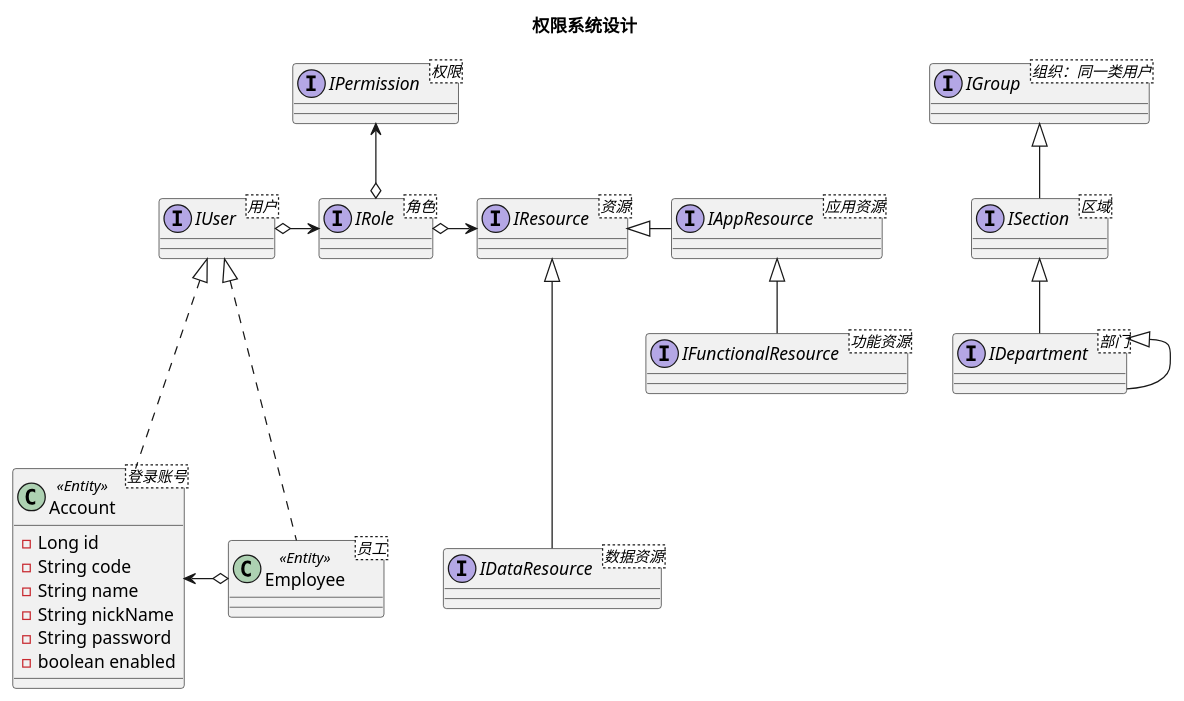
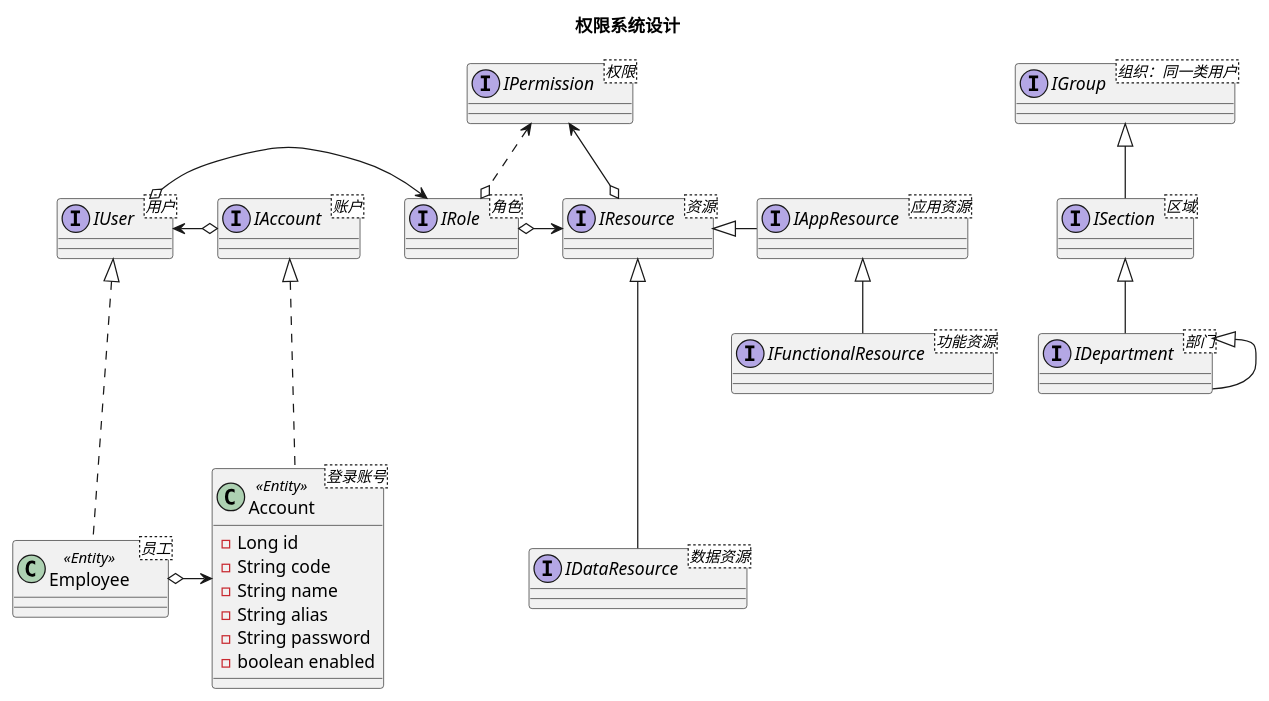
The diagram in asion-account/asion-account-core/src/main/uml/account-and-authorization.puml (search-cloud/spring-boot-cloud-microservices-docker), drawn with PlantUML before and after one commit. The commit also changed 25 other files, not shown here.

```diff
--- a/asion-account/asion-account-core/src/main/uml/account-and-authorization.puml
+++ b/asion-account/asion-account-core/src/main/uml/account-and-authorization.puml
@@ -1,54 +1,58 @@
 @startuml
 
 title 权限系统设计
 '什么人？ 对什么资源？ 进行了什么操作？
 
 interface IUser<用户>
+interface IAccount<账户>
 interface IGroup<组织：同一类用户>
 interface ISection<区域>
 interface IDepartment<部门>
 
 interface IRole<角色>
 interface IPermission<权限>
 
 interface IResource<资源>
 
 interface IAppResource<应用资源>
 interface IFunctionalResource<功能资源>
 
 interface IDataResource<数据资源>
 
 IUser o-right-> IRole
 IRole o-right-> IResource
-IRole o-up-> IPermission
+IRole o.up.> IPermission
+IResource o-up-> IPermission
 
 IResource <|-right- IAppResource
 IAppResource <|-- IFunctionalResource
 IResource <|--- IDataResource
 
 IGroup <|-- ISection
 ISection <|-- IDepartment
 IDepartment <|-- IDepartment
 
 class Account<登录账号>
 class Employee<员工>
 
-IUser <|... Account
+'IUser <|... IAccount
+IAccount <|... Account
 IUser <|... Employee
-Account <-right-o Employee
+Account <-left-o Employee
+IUser <-right-o IAccount
 
 class Account<<Entity>> {
     - Long id
     - String code
     - String name
-    - String nickName
+    - String alias
     - String password
     - boolean enabled
 }
 
 class Employee<<Entity>> {
 
 }
 
 
 @enduml
```
